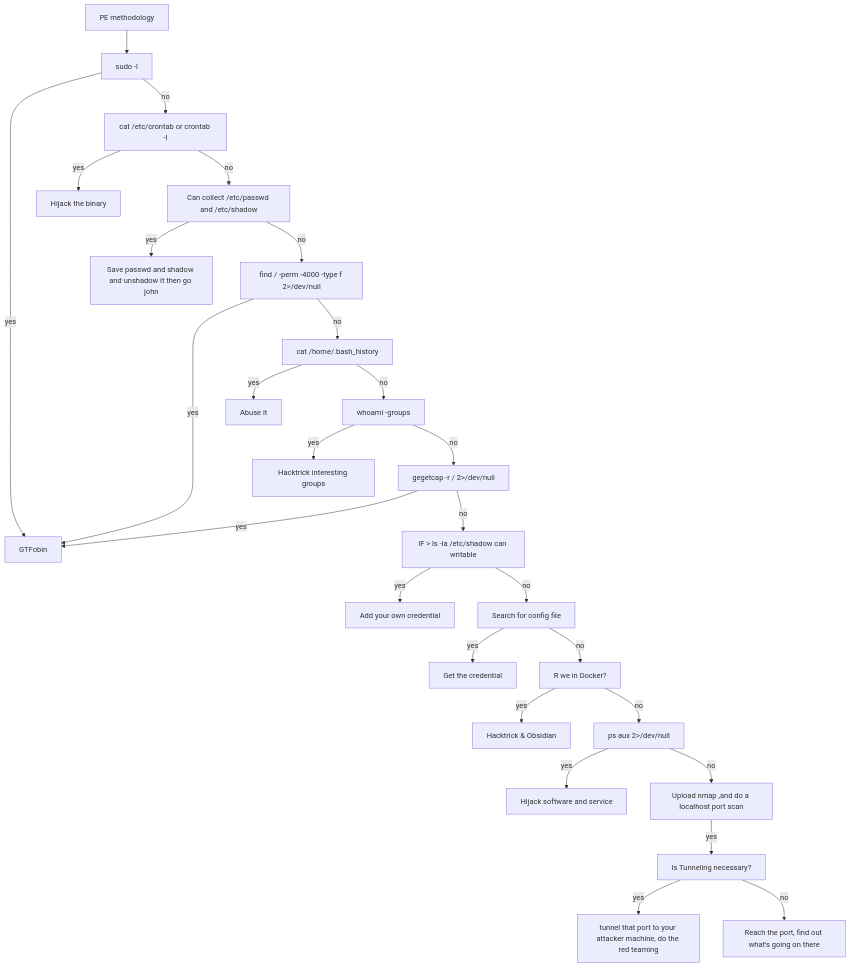
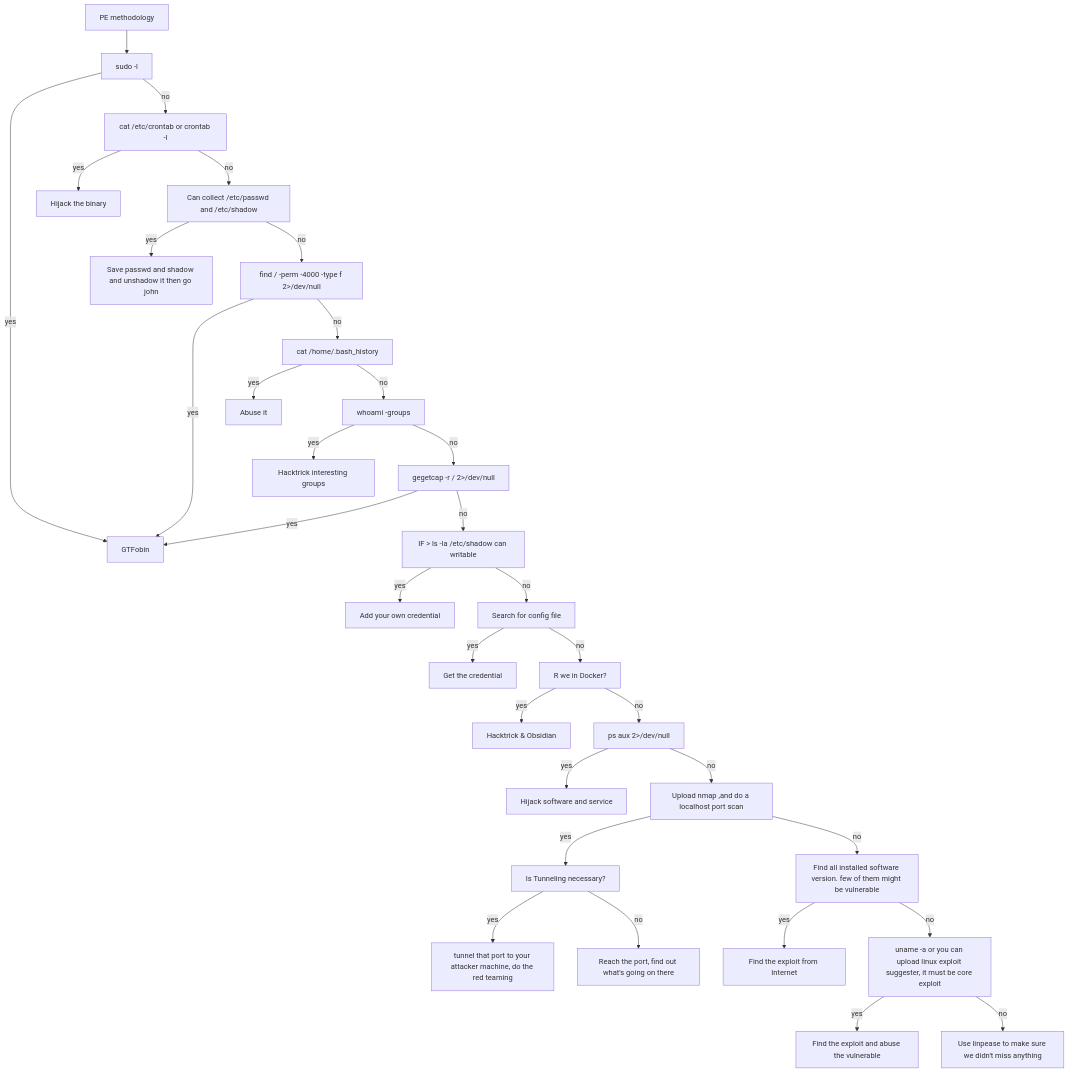
One commit to icesuntisuk/icesuntisuk.github.io changed the diagram in OSCPJourney/README.md. Above: the diagram before and after it, drawn with Mermaid. The commit also changed other lines of this file, not shown here.

````diff
--- a/OSCPJourney/README.md
+++ b/OSCPJourney/README.md
@@ -72,32 +72,35 @@
 ```mermaid
 flowchart TD;
     A[PE methodology] --> B[sudo -l];
     B -- yes --> C[GTFobin]
     B -- no --> D[cat /etc/crontab or crontab -l]
     D -- yes --> E[Hijack the binary]
     D -- no --> F[Can collect /etc/passwd and /etc/shadow]
     F -- yes --> G[Save passwd and shadow and unshadow it then go john]
     F -- no --> H[find / -perm -4000 -type f 2>/dev/null]
     H -- yes --> C[GTFobin]
     H -- no --> I[cat /home/.bash_history]
     I -- yes --> J[Abuse it]
     I -- no --> K[whoami -groups]
     K -- yes --> L[Hacktrick interesting groups]
     K -- no --> N[gegetcap -r / 2>/dev/null]
     N -- yes --> C[GTFobin]
     N -- no --> M[IF > ls -la /etc/shadow can writable]
     M -- yes --> O[Add your own credential]
     M -- no --> P[Search for config file]
     P -- yes --> Q[Get the credential]
     P -- no --> R[R we in Docker?]
     R -- yes --> S[Hacktrick & Obsidian]
     R -- no --> T[ps aux 2>/dev/null]
     T -- yes --> U[Hijack software and service]
     T -- no --> V[Upload nmap ,and do a localhost port scan]
     V -- yes --> W[Is Tunneling necessary?]
     W -- yes --> X[tunnel that port to your attacker machine, do the red teaming]
     W -- no --> Y[Reach the port, find out what's going on there]
-    
-
+    V -- no --> Z[Find all installed software version. few of them might be vulnerable]
+    Z -- yes --> AA[Find the exploit from Internet]
+    Z -- no --> AB[uname -a or you can upload linux exploit suggester, it must be core exploit]
+    AB -- yes --> AC[Find the exploit and abuse the vulnerable]
+    AB -- no --> AD[Use linpease to make sure we didn't miss anything]   
 
 ```
````
